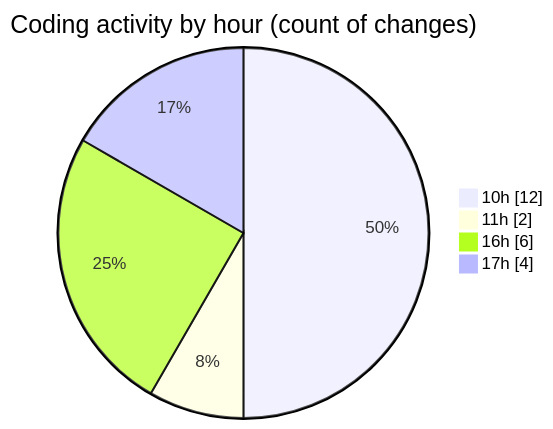
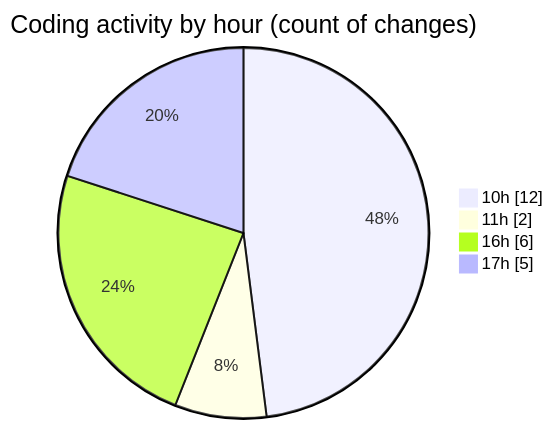
The second of 2 diagrams in 2025-10-01/untitled__workspace_/README.md (debugP/code-tracking), drawn with Mermaid before and after one commit. The commit also changed other lines of this file and 1 other file, not shown here.

````diff
--- a/2025-10-01/untitled__workspace_/README.md
+++ b/2025-10-01/untitled__workspace_/README.md
@@ -35,8 +36,8 @@
 ```mermaid
 pie showData
 title Coding activity by hour (count of changes)
 "10h" : 12
 "11h" : 2
 "16h" : 6
-"17h" : 4
+"17h" : 5
 ```
````
